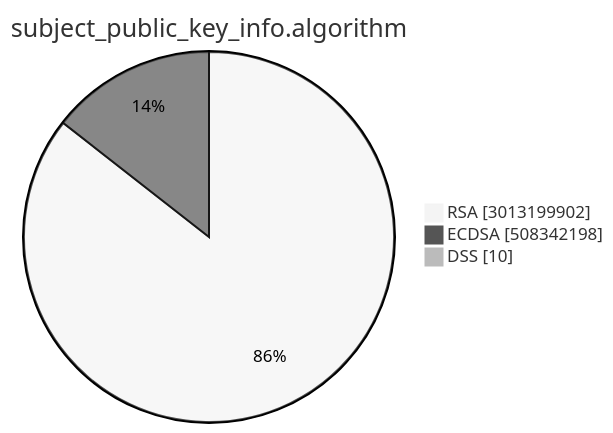
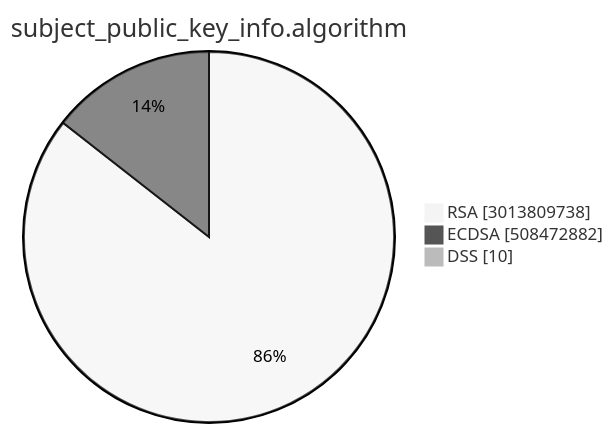
One commit to christiankrug/ctmonitor_visualization changed the second of 15 diagrams in TOTAL/README.md. Above: the diagram before and after it, drawn with Mermaid (neutral theme). The commit also changed other lines of this file, not shown here.

````diff
--- a/TOTAL/README.md
+++ b/TOTAL/README.md
@@ -6,7 +6,7 @@
 ```mermaid
 pie showData
 title subject_public_key_info.algorithm
-"RSA" :3013199902
-"ECDSA" :508342198
+"RSA" :3013809738
+"ECDSA" :508472882
 "DSS" :10
 ```
````
